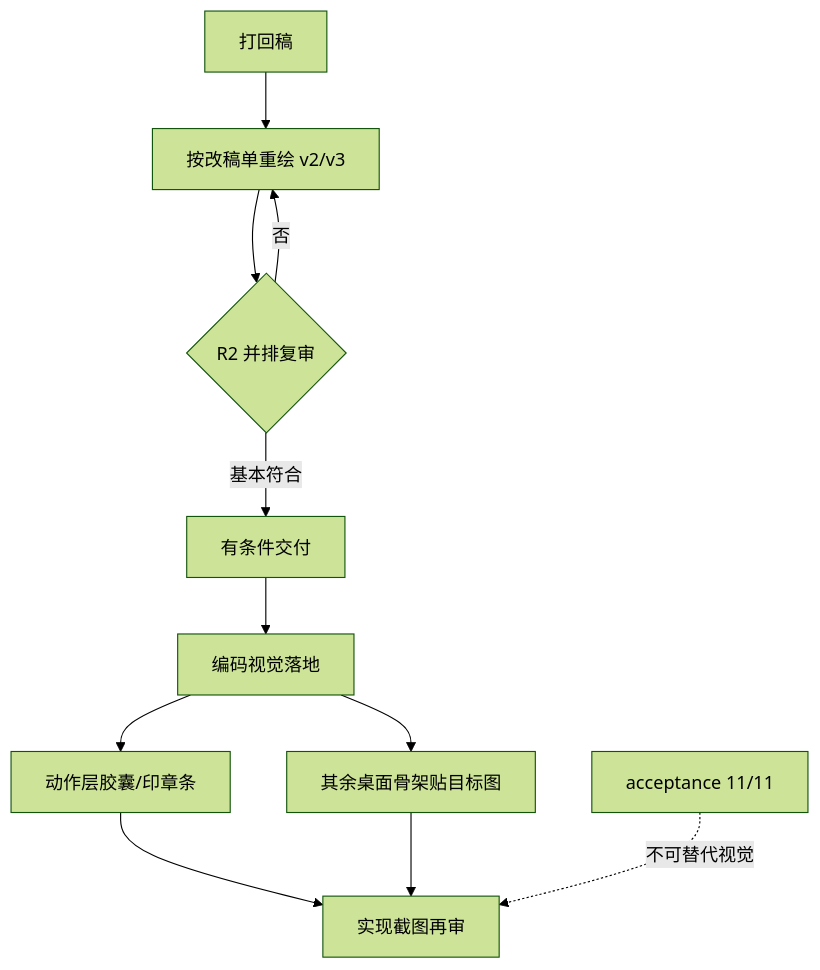
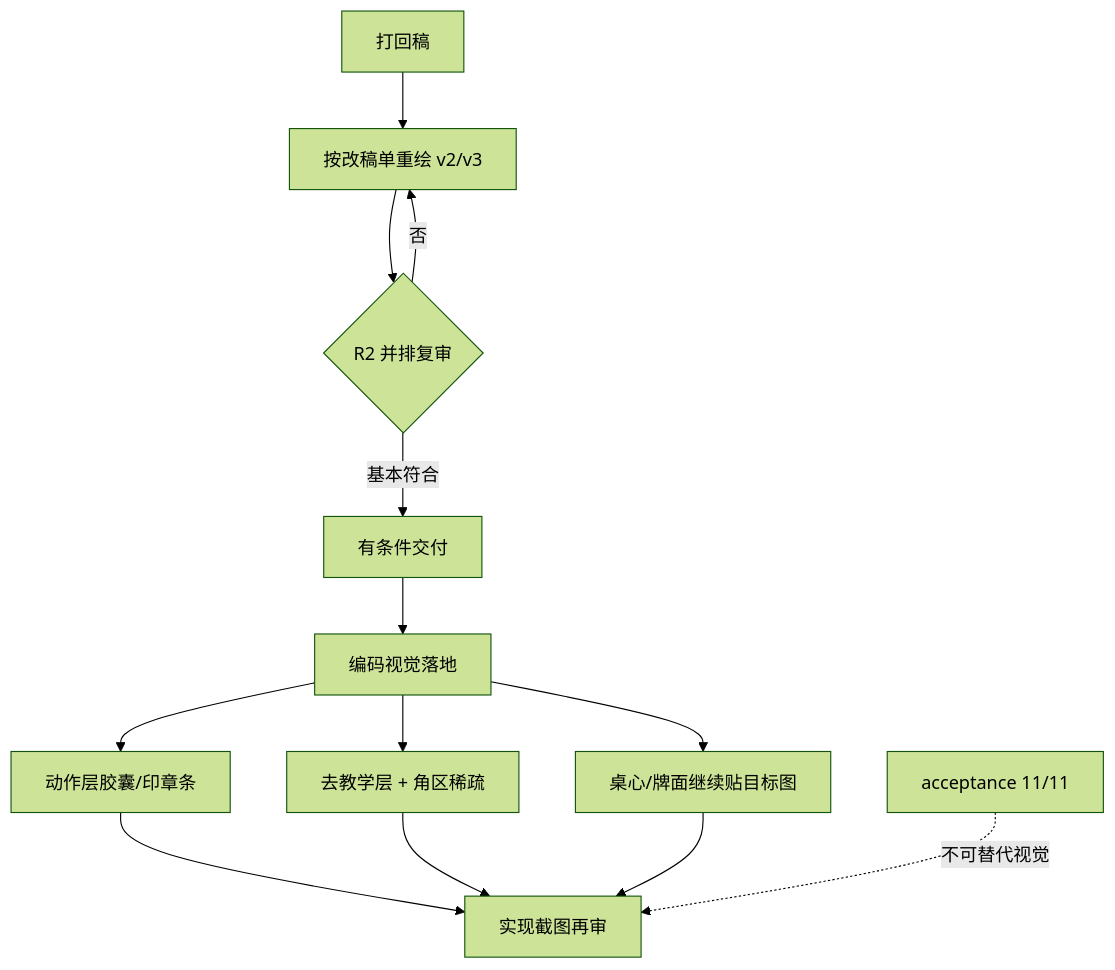
One commit to business4wangyi/majiang1 changed the diagram in docs/handoff-majiang-ui-fidelity-progress-20260917.md. Above: the diagram before and after it, drawn with Mermaid (forest theme). The commit also changed other lines of this file and 3 other files, not shown here.

````diff
--- a/docs/handoff-majiang-ui-fidelity-progress-20260917.md
+++ b/docs/handoff-majiang-ui-fidelity-progress-20260917.md
@@ -9,13 +9,15 @@
 ```mermaid
 flowchart TD
   A[打回稿] --> B[按改稿单重绘 v2/v3]
   B --> C{R2 并排复审}
   C -->|基本符合| D[有条件交付]
   D --> E[编码视觉落地]
   E --> E1[动作层胶囊/印章条]
+  E --> E2[去教学层 + 角区稀疏]
+  E --> E3[桌心/牌面继续贴目标图]
   E1 --> F[实现截图再审]
-  E --> E2[其余桌面骨架贴目标图]
   E2 --> F
+  E3 --> F
   C -->|否| B
   G[acceptance 11/11] -.->|不可替代视觉| F
 ```
````
